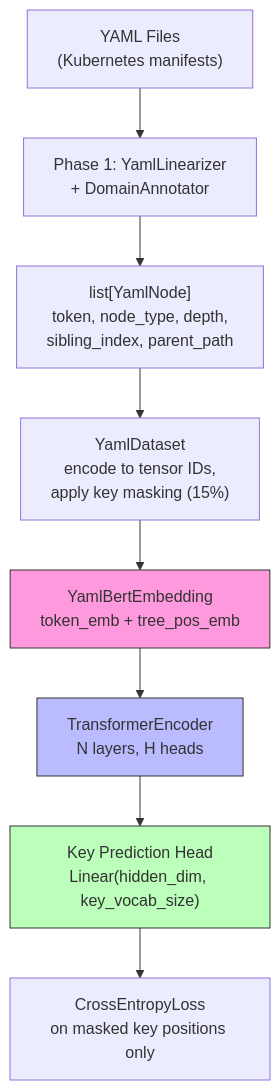
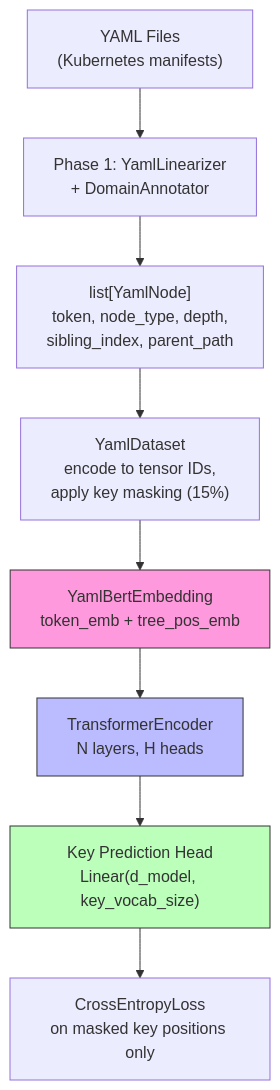
The first of 6 diagrams in docs/superpowers/specs/2026-03-28-tree-encoding-model-design.md (vimalk78/yaml-bert), drawn with Mermaid before and after one commit. The commit also changed other lines of this file and 1 other file, not shown here.

Commit message:
docs: rename hidden_dim to d_model, dim_feedforward to d_ff

````diff
--- a/docs/superpowers/specs/2026-03-28-tree-encoding-model-design.md
+++ b/docs/superpowers/specs/2026-03-28-tree-encoding-model-design.md
@@ -9,14 +9,14 @@
 ```mermaid
 flowchart TD
     A["YAML Files<br/>(Kubernetes manifests)"] --> B["Phase 1: YamlLinearizer<br/>+ DomainAnnotator"]
     B --> C["list[YamlNode]<br/>token, node_type, depth,<br/>sibling_index, parent_path"]
     C --> D["YamlDataset<br/>encode to tensor IDs,<br/>apply key masking (15%)"]
     D --> E["YamlBertEmbedding<br/>token_emb + tree_pos_emb"]
     E --> F["TransformerEncoder<br/>N layers, H heads"]
-    F --> G["Key Prediction Head<br/>Linear(hidden_dim, key_vocab_size)"]
+    F --> G["Key Prediction Head<br/>Linear(d_model, key_vocab_size)"]
     G --> H["CrossEntropyLoss<br/>on masked key positions only"]
 
     style E fill:#f9d,stroke:#333
     style F fill:#bbf,stroke:#333
     style G fill:#bfb,stroke:#333
 ```
````
